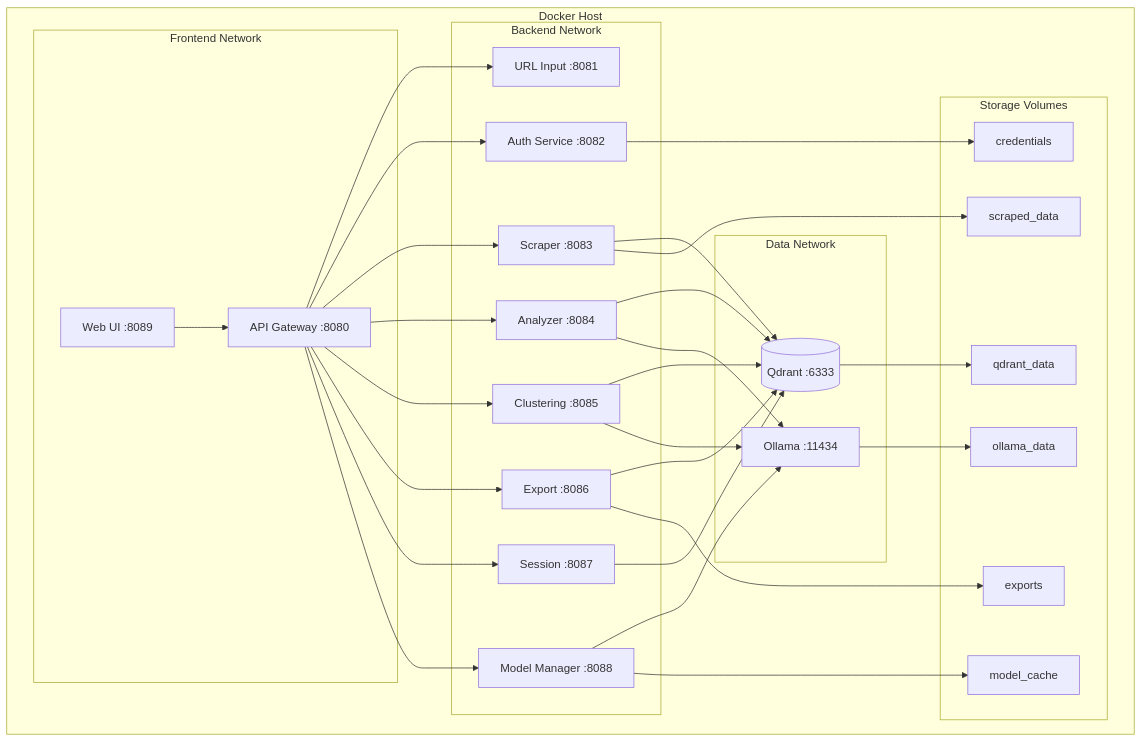
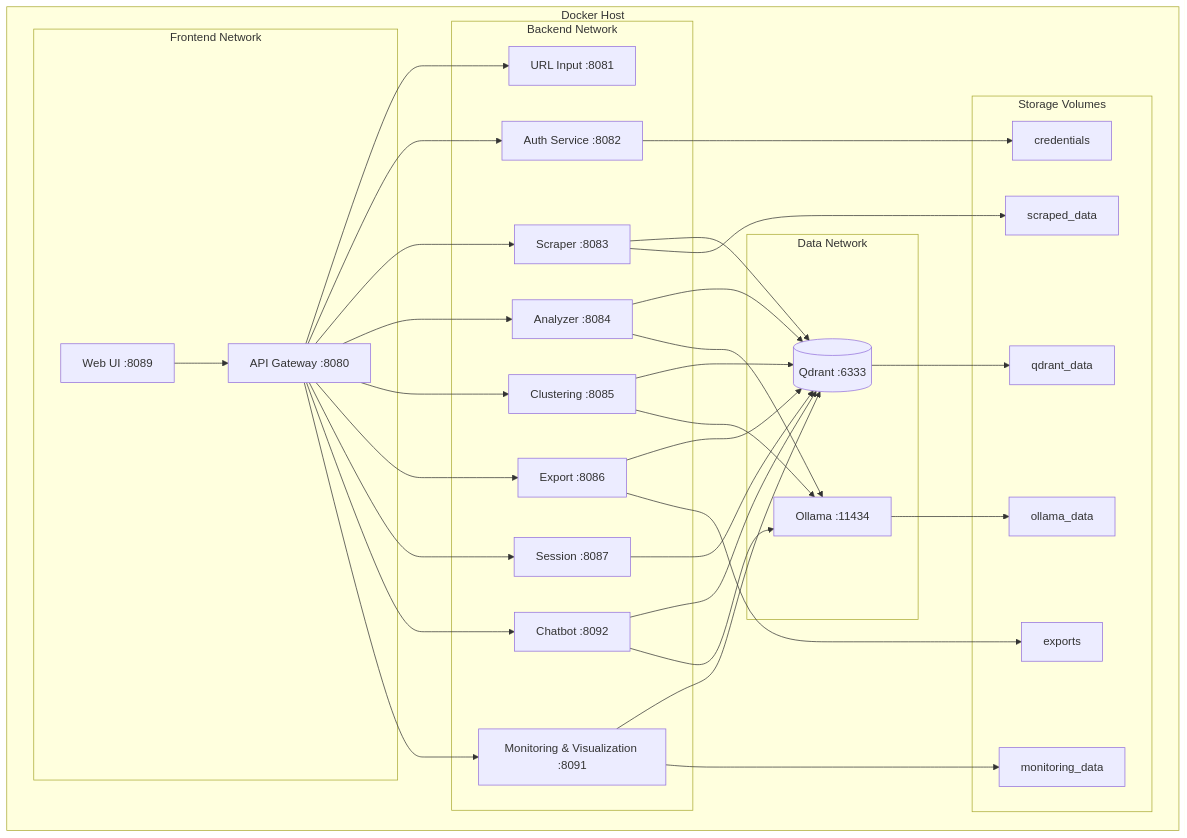
Before and after one commit to berdyh/tab-organizer: the fifth of 6 diagrams in docs/ARCHITECTURE.md, drawn with Mermaid. The commit also changed other lines of this file and 29 other files, not shown here.

````diff
--- a/docs/ARCHITECTURE.md
+++ b/docs/ARCHITECTURE.md
@@ -280,60 +287,64 @@
 ```mermaid
 graph TB
     subgraph "Docker Host"
         subgraph "Frontend Network"
             UI[Web UI :8089]
             GW[API Gateway :8080]
         end
         
         subgraph "Backend Network"
             URL[URL Input :8081]
             AUTH[Auth Service :8082]
             SCRAPER[Scraper :8083]
             ANALYZER[Analyzer :8084]
             CLUSTER[Clustering :8085]
             EXPORT[Export :8086]
             SESSION[Session :8087]
-            MODEL[Model Manager :8088]
+            CHATBOT[Chatbot :8092]
+            MONITOR[Monitoring & Visualization :8091]
         end
         
         subgraph "Data Network"
             QDRANT[(Qdrant :6333)]
             OLLAMA[Ollama :11434]
         end
         
         subgraph "Storage Volumes"
             V1[qdrant_data]
             V2[ollama_data]
             V3[scraped_data]
-            V4[model_cache]
+            V4[monitoring_data]
             V5[exports]
             V6[credentials]
         end
     end
     
     UI --> GW
     GW --> URL
     GW --> AUTH
     GW --> SCRAPER
     GW --> ANALYZER
     GW --> CLUSTER
     GW --> EXPORT
     GW --> SESSION
-    GW --> MODEL
+    GW --> CHATBOT
+    GW --> MONITOR
     
     SCRAPER --> QDRANT
     ANALYZER --> QDRANT
     ANALYZER --> OLLAMA
     CLUSTER --> QDRANT
     CLUSTER --> OLLAMA
     EXPORT --> QDRANT
     SESSION --> QDRANT
-    MODEL --> OLLAMA
+    CHATBOT --> QDRANT
+    CHATBOT --> OLLAMA
+    MONITOR --> QDRANT
     
     QDRANT --> V1
     OLLAMA --> V2
     SCRAPER --> V3
-    MODEL --> V4
+    MONITOR --> V4
     EXPORT --> V5
     AUTH --> V6
 ```
````
